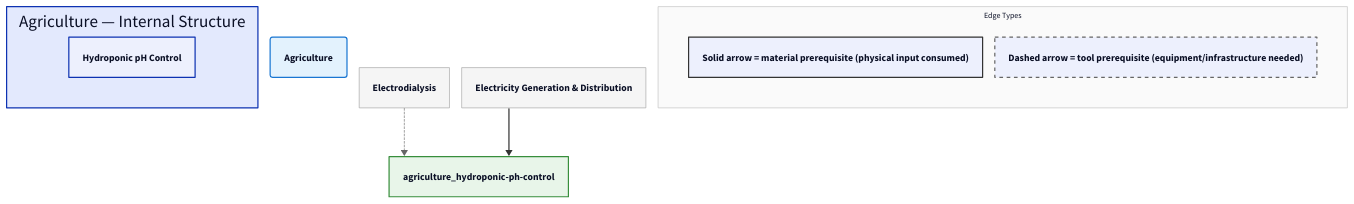
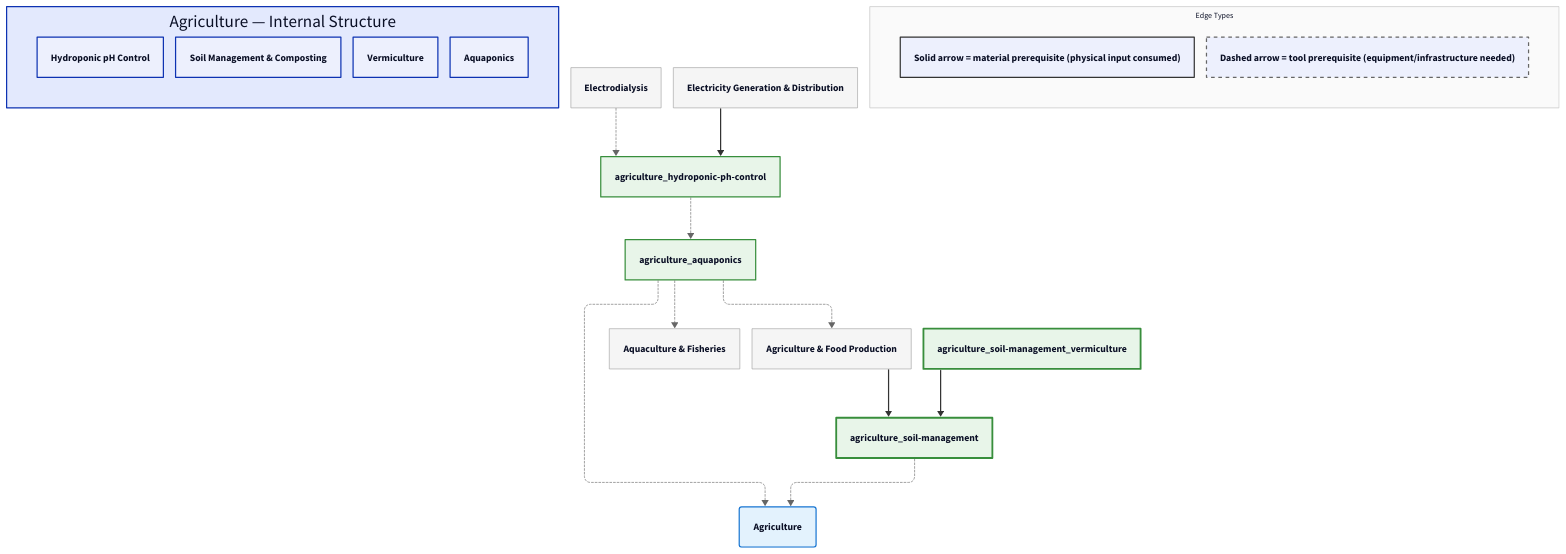
One commit to egofree/TechTree changed the diagram in diagrams/d2/agriculture.d2. Above: the diagram before and after it, drawn with D2. The commit also changed 9 other files, not shown here.

First line of the commit message:
chore: regenerate diagrams for livestock and agriculture expansion

```diff
--- a/diagrams/d2/agriculture.d2
+++ b/diagrams/d2/agriculture.d2
@@ -1,128 +1,149 @@
 vars: {
   d2-config: {
     layout-engine: elk
     pad: 20
     center: true
   }
 }
 
 direction: down
 
 classes: {
   domain: {
     style: {
       fill: "#e3f2fd"
       stroke: "#1976d2"
       stroke-width: 2
       border-radius: 4
     }
   }
   capability: {
     style: {
       fill: "#e8f5e9"
       stroke: "#388e3c"
       stroke-width: 2
     }
   }
   process: {
     style: {
       fill: "#fff3e0"
       stroke: "#f57c00"
       stroke-width: 2
     }
   }
   critical: {
     style: {
       fill: "#fff3e0"
       stroke: "#f57c00"
       stroke-width: 3
       bold: true
     }
   }
   earlyWin: {
     style: {
       fill: "#e8f5e9"
       stroke: "#388e3c"
       stroke-width: 3
     }
   }
   pinnacle: {
     style: {
       fill: "#fce4ec"
       stroke: "#c62828"
       stroke-width: 3
       bold: true
     }
   }
   external: {
     style: {
       fill: "#f5f5f5"
       stroke: "#9e9e9e"
       stroke-width: 1
     }
   }
   legend: {
     style: {
       fill: "#fafafa"
       stroke: "#bdbdbd"
       stroke-width: 1
       font-size: 13
     }
   }
   material-edge: {
     style: {
       stroke: "#333333"
       stroke-width: 2
     }
   }
   tool-edge: {
     style: {
       stroke: "#666666"
       stroke-width: 1
       stroke-dash: 3
     }
   }
 }
 
 # ==================== INTERNAL NODES ====================
 agriculture_internal: "Agriculture — Internal Structure" {
   agriculture_hydroponic-ph-control: Hydroponic pH Control
+  agriculture_soil-management: "Soil Management & Composting"
+  agriculture_soil-management_vermiculture: Vermiculture
+  agriculture_aquaponics: Aquaponics
 }
 
 # ==================== DOMAIN NODE ====================
 agriculture: Agriculture
 
 # ==================== EXTERNAL DEPENDENCIES ====================
+animals_aquaculture: "Aquaculture & Fisheries" {
+  shape: rectangle
+}
 chemistry_electrodialysis: Electrodialysis {
   shape: rectangle
 }
 energy_electricity: "Electricity Generation & Distribution" {
   shape: rectangle
 }
+foundations_food-agriculture: "Agriculture & Food Production" {
+  shape: rectangle
+}
 
 # ==================== EDGES ====================
+agriculture_soil-management -> agriculture: { class: tool-edge }
+agriculture_soil-management_vermiculture -> agriculture_soil-management: { class: material-edge }
+agriculture_aquaponics -> agriculture: { class: tool-edge }
+agriculture_hydroponic-ph-control -> agriculture_aquaponics: { class: tool-edge }
 energy_electricity -> agriculture_hydroponic-ph-control: { class: material-edge }
 chemistry_electrodialysis -> agriculture_hydroponic-ph-control: { class: tool-edge }
+foundations_food-agriculture -> agriculture_soil-management: { class: material-edge }
+agriculture_aquaponics -> animals_aquaculture: { class: tool-edge }
+agriculture_aquaponics -> foundations_food-agriculture: { class: tool-edge }
 
 # ==================== STYLING ====================
 agriculture.class: domain
 agriculture_hydroponic-ph-control.class: capability
+agriculture_soil-management.class: earlyWin
+agriculture_soil-management_vermiculture.class: earlyWin
+agriculture_aquaponics.class: capability
+animals_aquaculture.class: external
 chemistry_electrodialysis.class: external
 energy_electricity.class: external
+foundations_food-agriculture.class: external
 
 # ==================== LEGEND ====================
 d2-legend: "Edge Types" {
   class: legend
   mat: "Solid arrow = material prerequisite (physical input consumed)" {
     style: {
       stroke: "#333333"
       stroke-width: 2
     }
   }
   tool: "Dashed arrow = tool prerequisite (equipment/infrastructure needed)" {
     style: {
       stroke: "#666666"
       stroke-dash: 3
     }
   }
 }
```
